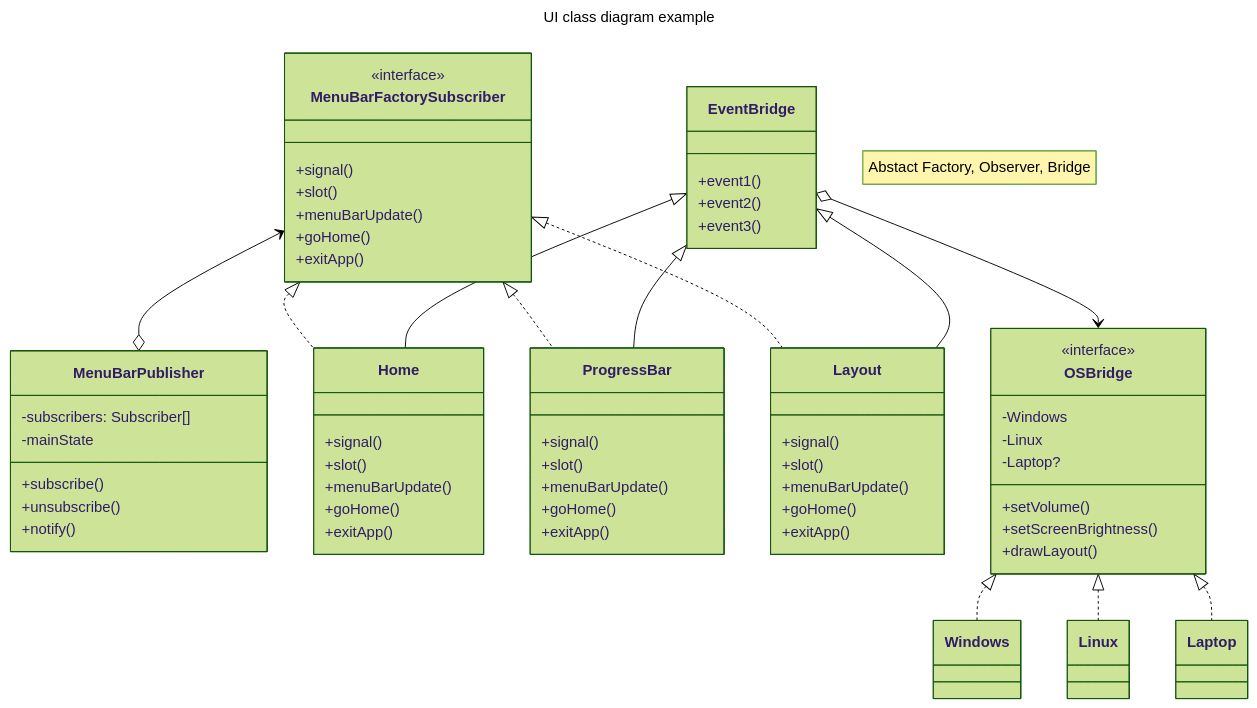
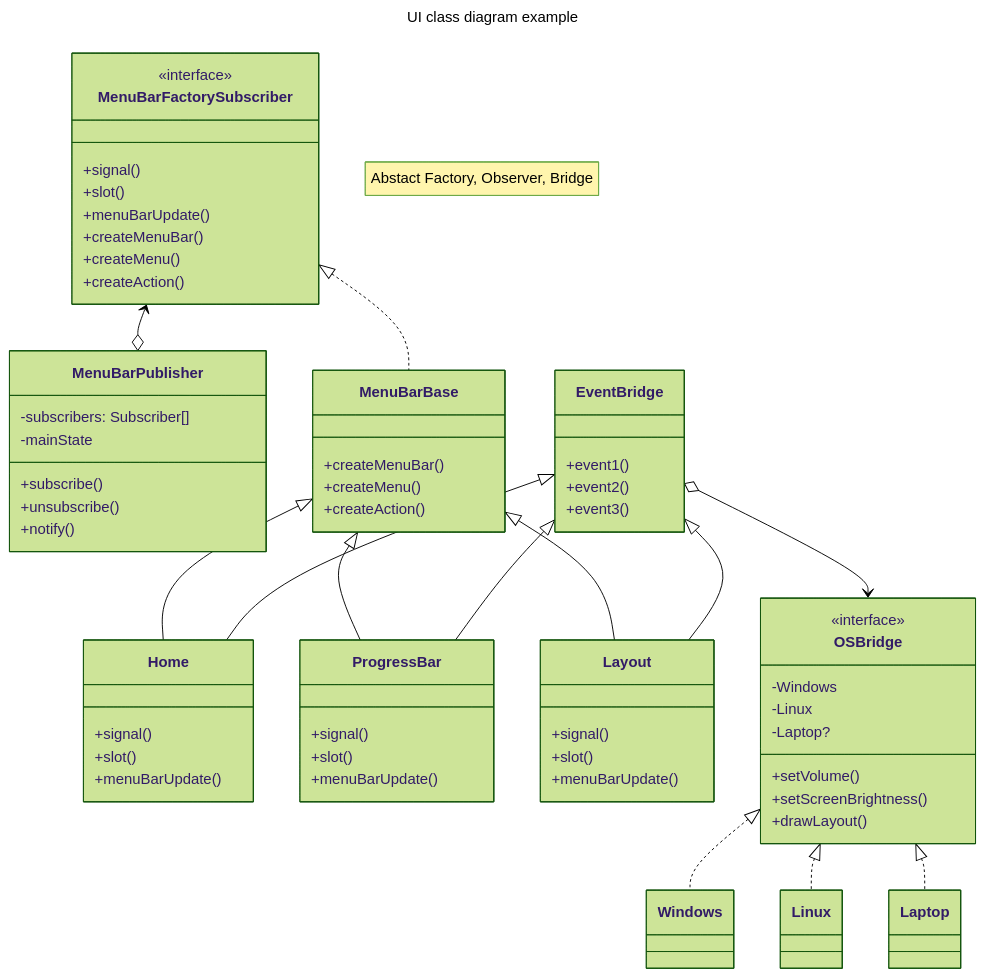
Before and after one commit to ssarl2/cpp-practice: the first of 2 diagrams in qt_ws/README.md, drawn with Mermaid (forest theme). The commit also changed 6 other files, not shown here.

````diff
--- a/qt_ws/README.md
+++ b/qt_ws/README.md
@@ -62,78 +62,79 @@
 ```mermaid
 ---
 title: UI class diagram example
 ---
 classDiagram
     note "Abstact Factory, Observer, Bridge"
     MenuBarFactorySubscriber <--o MenuBarPublisher
-    MenuBarFactorySubscriber <|.. Home
-    MenuBarFactorySubscriber <|.. ProgressBar
-    MenuBarFactorySubscriber <|.. Layout
+    MenuBarFactorySubscriber <|.. MenuBarBase
+    MenuBarBase <|-- Home
+    MenuBarBase <|-- ProgressBar
+    MenuBarBase <|-- Layout
     EventBridge <|-- Home
     EventBridge <|-- ProgressBar
     EventBridge <|-- Layout
     EventBridge o--> OSBridge
     OSBridge <|.. Windows
     OSBridge <|.. Linux
     OSBridge <|.. Laptop
 
     class MenuBarPublisher{
         -subscribers: Subscriber[]
         -mainState
         +subscribe()
         +unsubscribe()
         +notify()
     }
     class MenuBarFactorySubscriber{
         <<interface>>
         +signal()
         +slot()
         +menuBarUpdate()
-        +goHome()
-        +exitApp()
+        +createMenuBar()
+        +createMenu()
+        +createAction()
+    }
+    class MenuBarBase{
+        +createMenuBar()
+        +createMenu()
+        +createAction()
     }
     class Home{
         +signal()
         +slot()
         +menuBarUpdate()
-        +goHome()
-        +exitApp()
     }
     class ProgressBar{
         +signal()
         +slot()
         +menuBarUpdate()
-        +goHome()
-        +exitApp()
     }
     class Layout{
         +signal()
         +slot()
         +menuBarUpdate()
-        +goHome()
-        +exitApp()
     }
     class EventBridge{
         +event1()
         +event2()
         +event3()
     }
     class OSBridge{
         <<interface>>
         -Windows
         -Linux
         -Laptop?
         +setVolume()
         +setScreenBrightness()
         +drawLayout()
     }
     class Windows{
 
     }
     class Linux{
 
     }
     class Laptop{
 
     }
 ```
````
